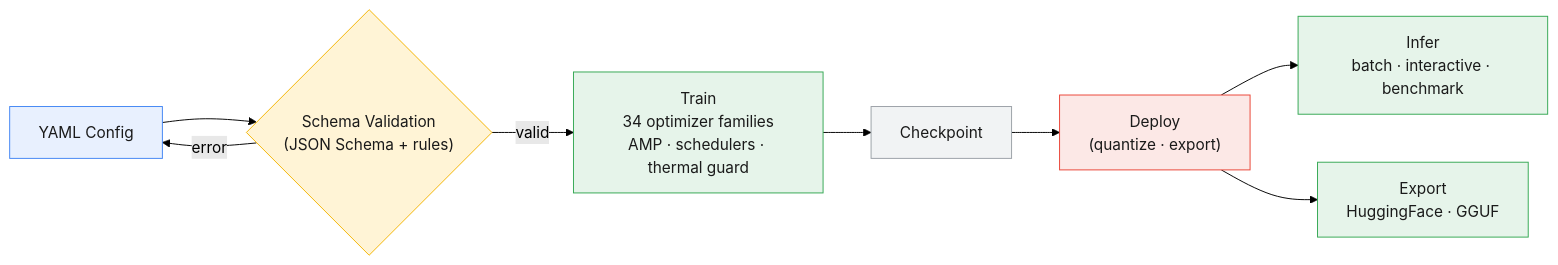
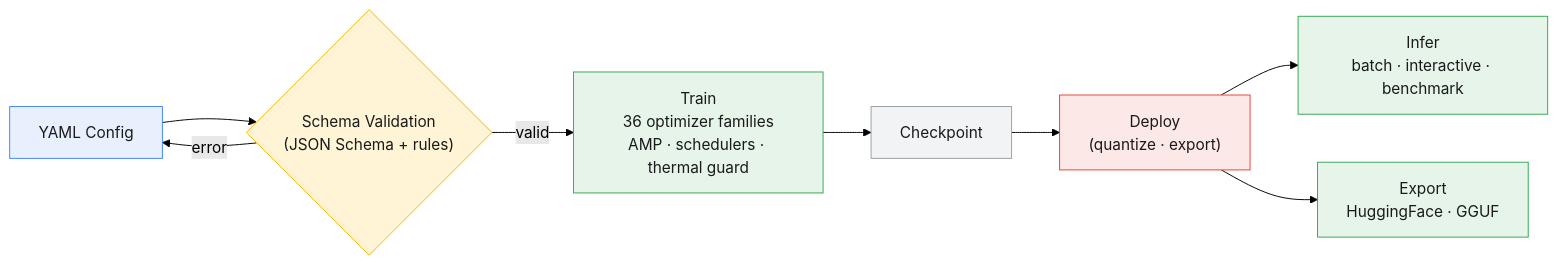
Before and after one commit to erickfmm/frankenstein-transformer: the first of 2 diagrams in README.md, drawn with Mermaid (forest theme). The commit also changed other lines of this file and 23 other files, not shown here.

````diff
--- a/README.md
+++ b/README.md
@@ -24,18 +24,18 @@
 ```mermaid
 flowchart LR
     A["YAML Config"] --> B{"Schema Validation<br/>(JSON Schema + rules)"}
-    B -- valid --> C["Train<br/>34 optimizer families<br/>AMP · schedulers · thermal guard"]
+    B -- valid --> C["Train<br/>36 optimizer families<br/>AMP · schedulers · thermal guard"]
     B -- error --> A
     C --> D["Checkpoint"]
     D --> E["Deploy<br/>(quantize · export)"]
     E --> F["Infer<br/>batch · interactive · benchmark"]
     E --> G["Export<br/>HuggingFace · GGUF"]
 
     style A fill:#e8f0fe,stroke:#4285f4,color:#1a1a1a
     style B fill:#fff4d6,stroke:#f4b400,color:#1a1a1a
     style C fill:#e6f4ea,stroke:#34a853,color:#1a1a1a
     style D fill:#f1f3f4,stroke:#9aa0a6,color:#1a1a1a
     style E fill:#fce8e6,stroke:#ea4335,color:#1a1a1a
     style F fill:#e6f4ea,stroke:#34a853,color:#1a1a1a
     style G fill:#e6f4ea,stroke:#34a853,color:#1a1a1a
 ```
````
